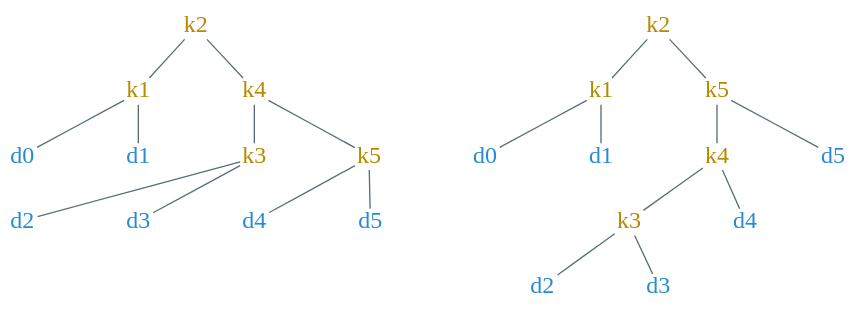
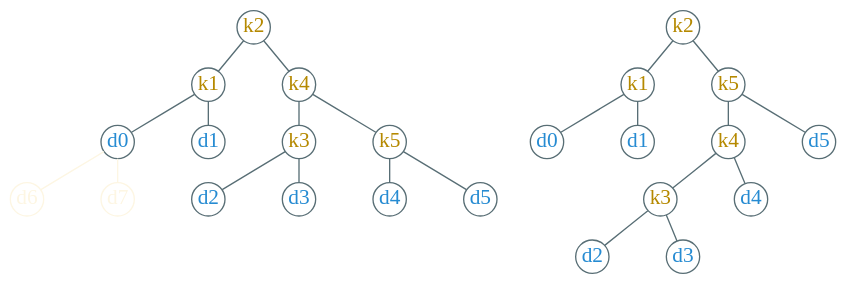
The diagram in dot/binary-search-tree-example.dot (Avanti1980/course-alg), drawn with Graphviz before and after one commit. The commit also changed 23 other files, not shown here.

```diff
--- a/dot/binary-search-tree-example.dot
+++ b/dot/binary-search-tree-example.dot
@@ -1,53 +1,56 @@
 digraph g {
     bgcolor=transparent
     rankdir=TB
-    graph [nodesep=0.9, ranksep=0.4]
-    node [shape=plain, color="#586e75", fontcolor="#b58900", fontsize=18, fontname="LXGWWenKai"]
+    graph [nodesep=0.6, ranksep=0.25]
+    node [shape=circle, fixedsize=true, width=0.35, color="#586e75", fontcolor="#b58900", fontsize=16, fontname="LXGWWenKai"]
     edge [arrowhead=none, color="#586e75", fontcolor="#268bd2", fontsize=16, fontname="LXGWWenKai"]
 
     subgraph cluster_0 {
         style=invis
         fontname="LXGWWenKai"
         fontsize=18
         color="#586e75"
         labelloc="l"
         fontcolor="#d33682"
 
         k2 -> {k1, k4}
         k4 -> {k3, k5}
-        node [color="#586e75", fontcolor="#268bd2"]
+        node [fontcolor="#268bd2"]
         k1 -> {d0, d1}
         k3 -> {d2, d3}
         k5 -> {d4, d5}
+        node [color="#fdf6e3", fontcolor="#fdf6e3"]
+        edge [color="#fdf6e3"]
+        d0 -> {d6, d7}
     }
-    
+
     subgraph cluster_1 {
         style=invis
         fontname="LXGWWenKai"
         fontsize=18
         color="#586e75"
         labelloc="l"
         fontcolor="#d33682"
 
         k21 [label="k1"]
         k22 [label="k2"]
         k23 [label="k3"]
         k24 [label="k4"]
         k25 [label="k5"]
 
         node [color="#586e75", fontcolor="#268bd2"]
-        
+
         d20 [label="d0"]
         d21 [label="d1"]
         d22 [label="d2"]
         d23 [label="d3"]
         d24 [label="d4"]
         d25 [label="d5"]
 
         k22 -> {k21, k25}
         k21 -> {d20, d21}
         k25 -> {k24, d25}
         k24 -> {k23, d24}
         k23 -> {d22, d23}
     }
 }
```
